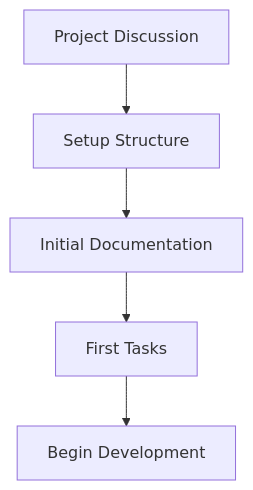
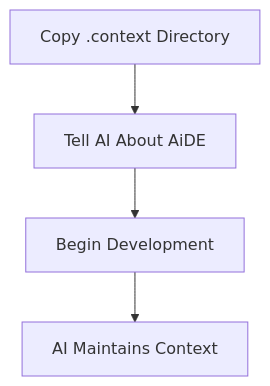
The first of 4 diagrams in docs/workflow.md (labrystechnology/AiDE-AI), drawn with Mermaid before and after one commit. The commit also changed other lines of this file and 12 other files, not shown here.

````diff
--- a/docs/workflow.md
+++ b/docs/workflow.md
@@ -6,7 +9,6 @@
 ```mermaid
 graph TD
-    A[Project Discussion] --> B[Setup Structure]
-    B --> C[Initial Documentation]
-    C --> D[First Tasks]
-    D --> E[Begin Development]
+    A[Copy .context Directory] --> B[Tell AI About AiDE]
+    B --> C[Begin Development]
+    C --> D[AI Maintains Context]
 ```
````
